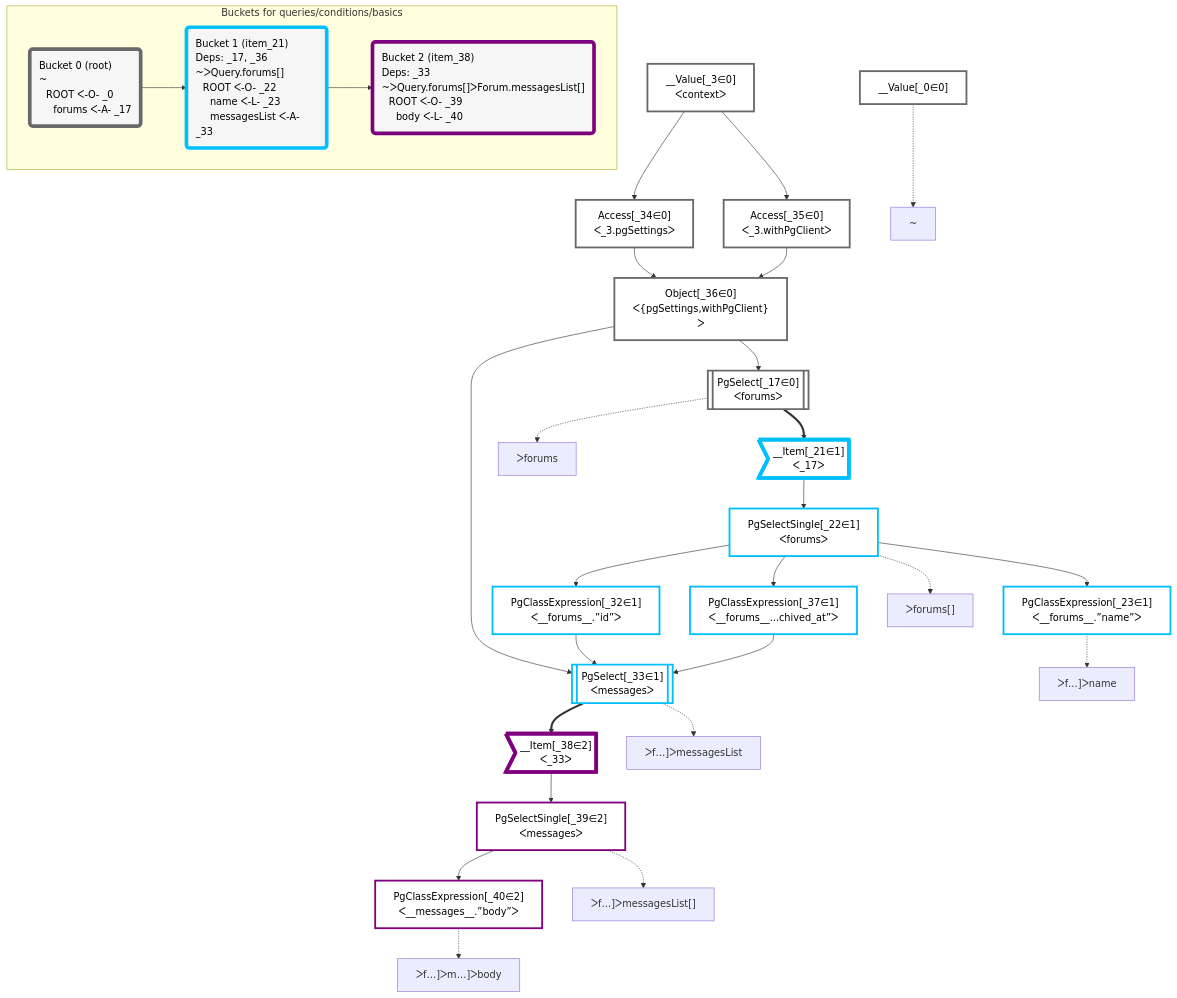
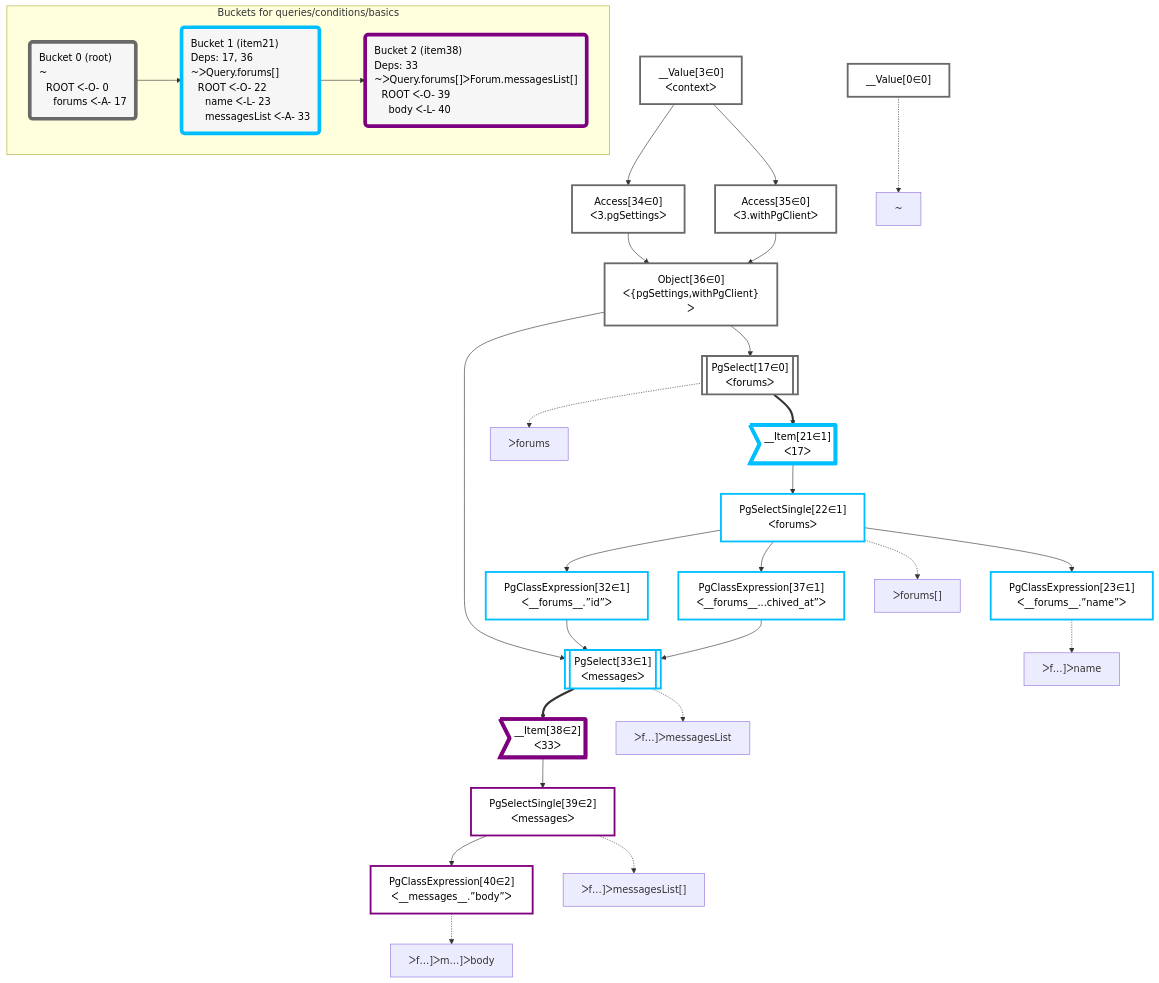
The diagram in packages/dataplan-pg/__tests__/queries/conditions/basics.deopt.mermaid.md (graphile/crystal), drawn with Mermaid before and after one commit. The commit also changed 195 other files, not shown here.

````diff
--- a/packages/dataplan-pg/__tests__/queries/conditions/basics.deopt.mermaid.md
+++ b/packages/dataplan-pg/__tests__/queries/conditions/basics.deopt.mermaid.md
@@ -1,71 +1,71 @@
 ```mermaid
 graph TD
     classDef path fill:#eee,stroke:#000,color:#000
     classDef plan fill:#fff,stroke-width:3px,color:#000
     classDef itemplan fill:#fff,stroke-width:6px,color:#000
     classDef sideeffectplan fill:#f00,stroke-width:6px,color:#000
     classDef bucket fill:#f6f6f6,color:#000,stroke-width:6px,text-align:left
 
 
     %% define plans
-    __Value_0["__Value[_0∈0]"]:::plan
-    PgClassExpression_23["PgClassExpression[_23∈1]<br />ᐸ__forums__.”name”ᐳ"]:::plan
-    PgClassExpression_40["PgClassExpression[_40∈2]<br />ᐸ__messages__.”body”ᐳ"]:::plan
-    PgSelectSingle_39["PgSelectSingle[_39∈2]<br />ᐸmessagesᐳ"]:::plan
-    __Item_38>"__Item[_38∈2]<br />ᐸ_33ᐳ"]:::itemplan
-    PgSelect_33[["PgSelect[_33∈1]<br />ᐸmessagesᐳ"]]:::plan
-    PgClassExpression_32["PgClassExpression[_32∈1]<br />ᐸ__forums__.”id”ᐳ"]:::plan
-    PgClassExpression_37["PgClassExpression[_37∈1]<br />ᐸ__forums__...chived_at”ᐳ"]:::plan
-    PgSelectSingle_22["PgSelectSingle[_22∈1]<br />ᐸforumsᐳ"]:::plan
-    __Item_21>"__Item[_21∈1]<br />ᐸ_17ᐳ"]:::itemplan
-    PgSelect_17[["PgSelect[_17∈0]<br />ᐸforumsᐳ"]]:::plan
-    Object_36["Object[_36∈0]<br />ᐸ{pgSettings,withPgClient}ᐳ"]:::plan
-    Access_34["Access[_34∈0]<br />ᐸ_3.pgSettingsᐳ"]:::plan
-    Access_35["Access[_35∈0]<br />ᐸ_3.withPgClientᐳ"]:::plan
-    __Value_3["__Value[_3∈0]<br />ᐸcontextᐳ"]:::plan
+    __Value0["__Value[0∈0]"]:::plan
+    PgClassExpression23["PgClassExpression[23∈1]<br />ᐸ__forums__.”name”ᐳ"]:::plan
+    PgClassExpression40["PgClassExpression[40∈2]<br />ᐸ__messages__.”body”ᐳ"]:::plan
+    PgSelectSingle39["PgSelectSingle[39∈2]<br />ᐸmessagesᐳ"]:::plan
+    __Item38>"__Item[38∈2]<br />ᐸ33ᐳ"]:::itemplan
+    PgSelect33[["PgSelect[33∈1]<br />ᐸmessagesᐳ"]]:::plan
+    PgClassExpression32["PgClassExpression[32∈1]<br />ᐸ__forums__.”id”ᐳ"]:::plan
+    PgClassExpression37["PgClassExpression[37∈1]<br />ᐸ__forums__...chived_at”ᐳ"]:::plan
+    PgSelectSingle22["PgSelectSingle[22∈1]<br />ᐸforumsᐳ"]:::plan
+    __Item21>"__Item[21∈1]<br />ᐸ17ᐳ"]:::itemplan
+    PgSelect17[["PgSelect[17∈0]<br />ᐸforumsᐳ"]]:::plan
+    Object36["Object[36∈0]<br />ᐸ{pgSettings,withPgClient}ᐳ"]:::plan
+    Access34["Access[34∈0]<br />ᐸ3.pgSettingsᐳ"]:::plan
+    Access35["Access[35∈0]<br />ᐸ3.withPgClientᐳ"]:::plan
+    __Value3["__Value[3∈0]<br />ᐸcontextᐳ"]:::plan
 
     %% plan dependencies
-    PgSelectSingle_22 --> PgClassExpression_23
-    PgSelectSingle_39 --> PgClassExpression_40
-    __Item_38 --> PgSelectSingle_39
-    PgSelect_33 ==> __Item_38
-    Object_36 & PgClassExpression_32 & PgClassExpression_37 --> PgSelect_33
-    PgSelectSingle_22 --> PgClassExpression_32
-    PgSelectSingle_22 --> PgClassExpression_37
-    __Item_21 --> PgSelectSingle_22
-    PgSelect_17 ==> __Item_21
-    Object_36 --> PgSelect_17
-    Access_34 & Access_35 --> Object_36
-    __Value_3 --> Access_34
-    __Value_3 --> Access_35
+    PgSelectSingle22 --> PgClassExpression23
+    PgSelectSingle39 --> PgClassExpression40
+    __Item38 --> PgSelectSingle39
+    PgSelect33 ==> __Item38
+    Object36 & PgClassExpression32 & PgClassExpression37 --> PgSelect33
+    PgSelectSingle22 --> PgClassExpression32
+    PgSelectSingle22 --> PgClassExpression37
+    __Item21 --> PgSelectSingle22
+    PgSelect17 ==> __Item21
+    Object36 --> PgSelect17
+    Access34 & Access35 --> Object36
+    __Value3 --> Access34
+    __Value3 --> Access35
 
     %% plan-to-path relationships
-    P_0["~"]
-    __Value_0 -.-> P_0
-    P_17["ᐳforums"]
-    PgSelect_17 -.-> P_17
-    P_22["ᐳforums[]"]
-    PgSelectSingle_22 -.-> P_22
-    P_23["ᐳf…]ᐳname"]
-    PgClassExpression_23 -.-> P_23
-    P_33["ᐳf…]ᐳmessagesList"]
-    PgSelect_33 -.-> P_33
-    P_39["ᐳf…]ᐳmessagesList[]"]
-    PgSelectSingle_39 -.-> P_39
-    P_40["ᐳf…]ᐳm…]ᐳbody"]
-    PgClassExpression_40 -.-> P_40
+    P0["~"]
+    __Value0 -.-> P0
+    P17["ᐳforums"]
+    PgSelect17 -.-> P17
+    P22["ᐳforums[]"]
+    PgSelectSingle22 -.-> P22
+    P23["ᐳf…]ᐳname"]
+    PgClassExpression23 -.-> P23
+    P33["ᐳf…]ᐳmessagesList"]
+    PgSelect33 -.-> P33
+    P39["ᐳf…]ᐳmessagesList[]"]
+    PgSelectSingle39 -.-> P39
+    P40["ᐳf…]ᐳm…]ᐳbody"]
+    PgClassExpression40 -.-> P40
 
     subgraph "Buckets for queries/conditions/basics"
-    Bucket0("Bucket 0 (root)<br />~<br />⠀ROOT ᐸ-O- _0<br />⠀⠀forums ᐸ-A- _17"):::bucket
+    Bucket0("Bucket 0 (root)<br />~<br />⠀ROOT ᐸ-O- 0<br />⠀⠀forums ᐸ-A- 17"):::bucket
     classDef bucket0 stroke:#696969
-    class Bucket0,__Value_0,__Value_3,PgSelect_17,Access_34,Access_35,Object_36 bucket0
-    Bucket1("Bucket 1 (item_21)<br />Deps: _17, _36<br />~ᐳQuery.forums[]<br />⠀ROOT ᐸ-O- _22<br />⠀⠀name ᐸ-L- _23<br />⠀⠀messagesList ᐸ-A- _33"):::bucket
+    class Bucket0,__Value0,__Value3,PgSelect17,Access34,Access35,Object36 bucket0
+    Bucket1("Bucket 1 (item21)<br />Deps: 17, 36<br />~ᐳQuery.forums[]<br />⠀ROOT ᐸ-O- 22<br />⠀⠀name ᐸ-L- 23<br />⠀⠀messagesList ᐸ-A- 33"):::bucket
     classDef bucket1 stroke:#00bfff
-    class Bucket1,__Item_21,PgSelectSingle_22,PgClassExpression_23,PgClassExpression_32,PgSelect_33,PgClassExpression_37 bucket1
-    Bucket2("Bucket 2 (item_38)<br />Deps: _33<br />~ᐳQuery.forums[]ᐳForum.messagesList[]<br />⠀ROOT ᐸ-O- _39<br />⠀⠀body ᐸ-L- _40"):::bucket
+    class Bucket1,__Item21,PgSelectSingle22,PgClassExpression23,PgClassExpression32,PgSelect33,PgClassExpression37 bucket1
+    Bucket2("Bucket 2 (item38)<br />Deps: 33<br />~ᐳQuery.forums[]ᐳForum.messagesList[]<br />⠀ROOT ᐸ-O- 39<br />⠀⠀body ᐸ-L- 40"):::bucket
     classDef bucket2 stroke:#7f007f
-    class Bucket2,__Item_38,PgSelectSingle_39,PgClassExpression_40 bucket2
+    class Bucket2,__Item38,PgSelectSingle39,PgClassExpression40 bucket2
     Bucket0 --> Bucket1
     Bucket1 --> Bucket2
     end
 ```
````
